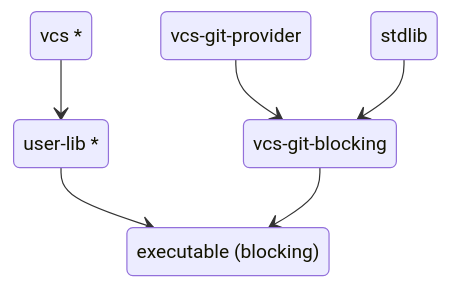
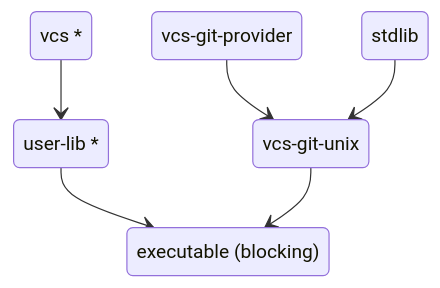
The second of 3 diagrams in doc/docs/explanation/README.md (mbarbin/vcs), drawn with Mermaid before and after one commit. The commit also changed other lines of this file and 30 other files, not shown here.

Commit message:
Rename vcs-git-blocking -> vcs-git-unix

````diff
--- a/doc/docs/explanation/README.md
+++ b/doc/docs/explanation/README.md
@@ -44,14 +44,14 @@
 ```mermaid
 stateDiagram-v2
   vcs : vcs *
   user : user-lib *
   vcs_git_provider : vcs-git-provider
   executable : executable (blocking)
-  provider : vcs-git-blocking
+  provider : vcs-git-unix
   runtime : stdlib
   vcs --> user
   user --> executable
   vcs_git_provider --> provider
   runtime --> provider
   provider --> executable
 ```
````
